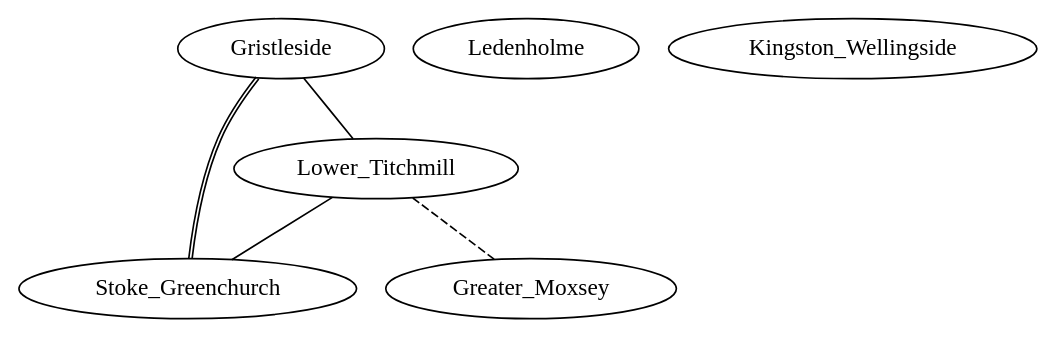
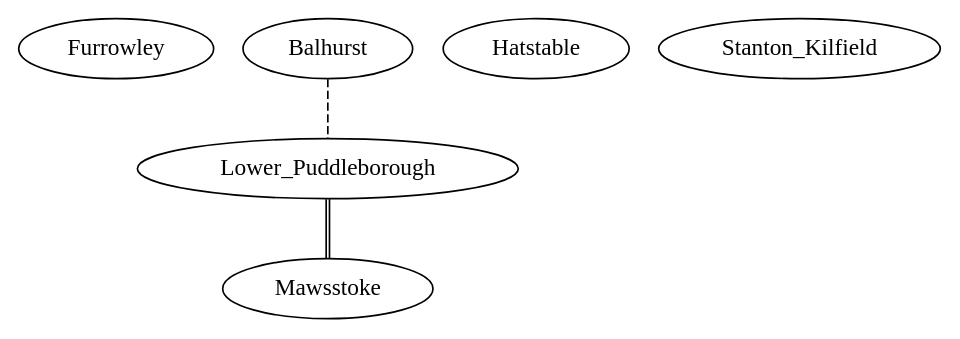
Before and after one commit to ElitePengui37/Object_Oriented_Software_Engineering_Assignment2: the diagram in OOSE Assingment 2 v2/simoutput.dot, drawn with Graphviz. The commit also changed 28 other files, not shown here.

```diff
--- a/OOSE Assingment 2 v2/simoutput.dot
+++ b/OOSE Assingment 2 v2/simoutput.dot
@@ -1,13 +1,11 @@
 graph Towns {
-	Gristleside
-	Stoke_Greenchurch
-	Lower_Titchmill
-	Ledenholme
-	Greater_Moxsey
-	Kingston_Wellingside
+	Furrowley
+	Mawsstoke
+	Lower_Puddleborough
+	Balhurst
+	Hatstable
+	Stanton_Kilfield
 
-	Stoke_Greenchurch -- Gristleside [color="black:black"]
-	Lower_Titchmill -- Stoke_Greenchurch
-	Gristleside -- Lower_Titchmill
-	Lower_Titchmill -- Greater_Moxsey [style="dashed"]
+	Lower_Puddleborough -- Mawsstoke [color="black:black"]
+	Balhurst -- Lower_Puddleborough [style="dashed"]
 }
```
